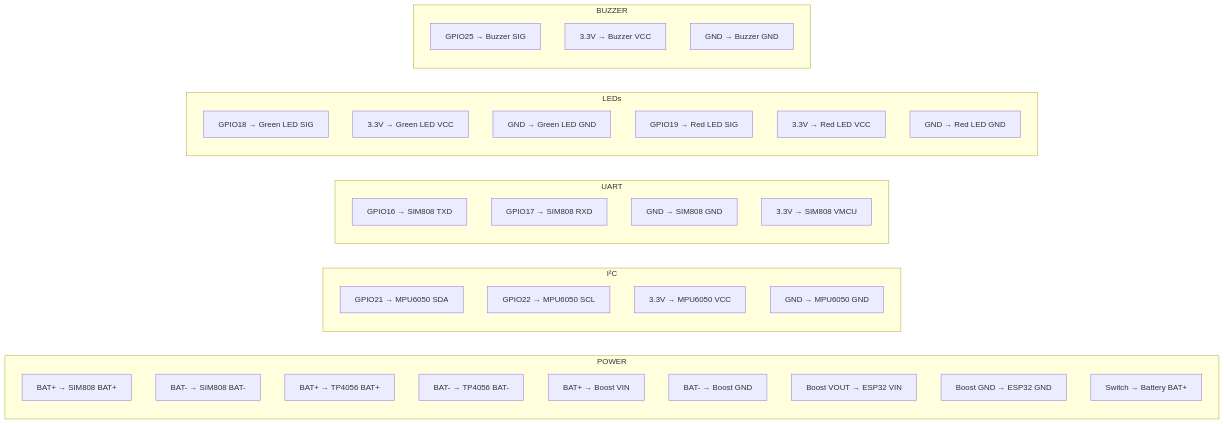
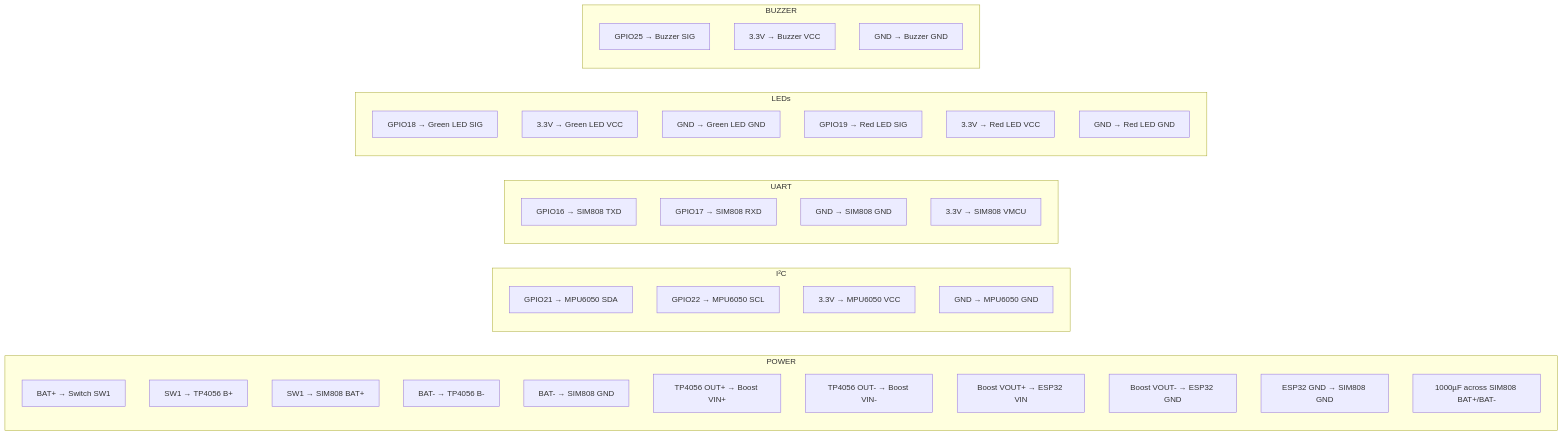
Before and after one commit to qppd/smart-vehicle-impact-detection-device: the fourth of 7 diagrams in docs/WIRING.md, drawn with Mermaid. The commit also changed other lines of this file and 10 other files, not shown here.

````diff
--- a/docs/WIRING.md
+++ b/docs/WIRING.md
@@ -103,43 +138,45 @@
 ```mermaid
 graph LR
     subgraph POWER["POWER"]
-        P1["BAT+ → SIM808 BAT+"]
-        P2["BAT- → SIM808 BAT-"]
-        P3["BAT+ → TP4056 BAT+"]
-        P4["BAT- → TP4056 BAT-"]
-        P5["BAT+ → Boost VIN"]
-        P6["BAT- → Boost GND"]
-        P7["Boost VOUT → ESP32 VIN"]
-        P8["Boost GND → ESP32 GND"]
-        P9["Switch → Battery BAT+"]
+        P1["BAT+ → Switch SW1"]
+        P2["SW1 → TP4056 B+"]
+        P3["SW1 → SIM808 BAT+"]
+        P4["BAT- → TP4056 B-"]
+        P5["BAT- → SIM808 GND"]
+        P6["TP4056 OUT+ → Boost VIN+"]
+        P7["TP4056 OUT- → Boost VIN-"]
+        P8["Boost VOUT+ → ESP32 VIN"]
+        P9["Boost VOUT- → ESP32 GND"]
+        P10["ESP32 GND → SIM808 GND"]
+        P11["1000µF across SIM808 BAT+/BAT-"]
     end
 
     subgraph I2C["I²C"]
         I1["GPIO21 → MPU6050 SDA"]
         I2["GPIO22 → MPU6050 SCL"]
         I3["3.3V → MPU6050 VCC"]
         I4["GND → MPU6050 GND"]
     end
 
     subgraph UART["UART"]
         U1["GPIO16 → SIM808 TXD"]
         U2["GPIO17 → SIM808 RXD"]
         U3["GND → SIM808 GND"]
         U4["3.3V → SIM808 VMCU"]
     end
 
     subgraph LED["LEDs"]
         L1["GPIO18 → Green LED SIG"]
         L2["3.3V → Green LED VCC"]
         L3["GND → Green LED GND"]
         L4["GPIO19 → Red LED SIG"]
         L5["3.3V → Red LED VCC"]
         L6["GND → Red LED GND"]
     end
 
     subgraph BUZZ["BUZZER"]
         B1["GPIO25 → Buzzer SIG"]
         B2["3.3V → Buzzer VCC"]
         B3["GND → Buzzer GND"]
     end
 ```
````
